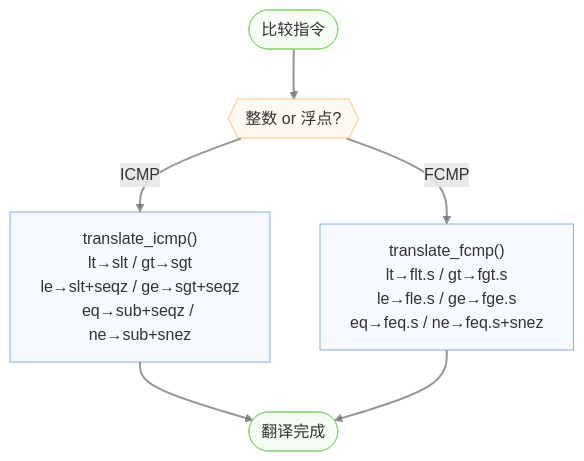
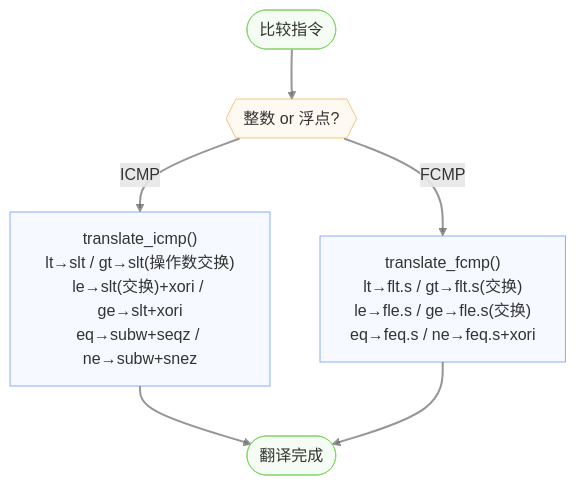
Before and after one commit to LLLLLLLLazy/compiler-lite: the fifth of 10 diagrams in docs/backend-instselect.md, drawn with Mermaid. The commit also changed other lines of this file and 9 other files, not shown here.

````diff
--- a/docs/backend-instselect.md
+++ b/docs/backend-instselect.md
@@ -132,20 +132,20 @@
 ```mermaid
 flowchart TD
     Start(["比较指令"]) --> OpCheck{{"整数 or 浮点?"}}
-    OpCheck -- "ICMP" --> T_icmp["translate_icmp()<br>lt→slt / gt→sgt<br>le→slt+seqz / ge→sgt+seqz<br>eq→sub+seqz / ne→sub+snez"]
-    OpCheck -- "FCMP" --> T_fcmp["translate_fcmp()<br>lt→flt.s / gt→fgt.s<br>le→fle.s / ge→fge.s<br>eq→feq.s / ne→feq.s+snez"]
+    OpCheck -- "ICMP" --> T_icmp["translate_icmp()<br>lt→slt / gt→slt(操作数交换)<br>le→slt(交换)+xori / ge→slt+xori<br>eq→subw+seqz / ne→subw+snez"]
+    OpCheck -- "FCMP" --> T_fcmp["translate_fcmp()<br>lt→flt.s / gt→flt.s(交换)<br>le→fle.s / ge→fle.s(交换)<br>eq→feq.s / ne→feq.s+xori"]
 
     T_icmp & T_fcmp --> End(["翻译完成"])
 
     %%Node styles
     classDef default fill:#E2EAFE4F,stroke:#5A88F6AF
     classDef endNode fill:#DDF4D84F,stroke:#7DCF62AF
     classDef decisionNode fill:#FCEBD34f,stroke:#F6AA4BAF
 
     %%Link styles
     linkStyle default stroke:#666666AF,stroke-width:2px
 
     %%Node classes
     class Start,End endNode
     class OpCheck decisionNode
 ```
````
